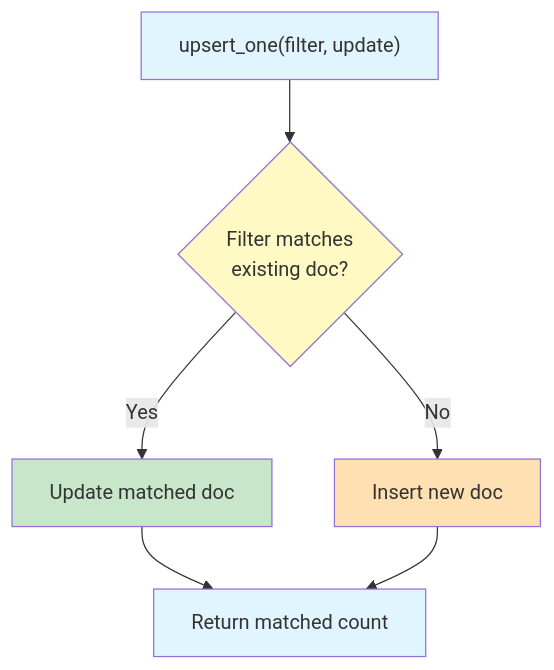
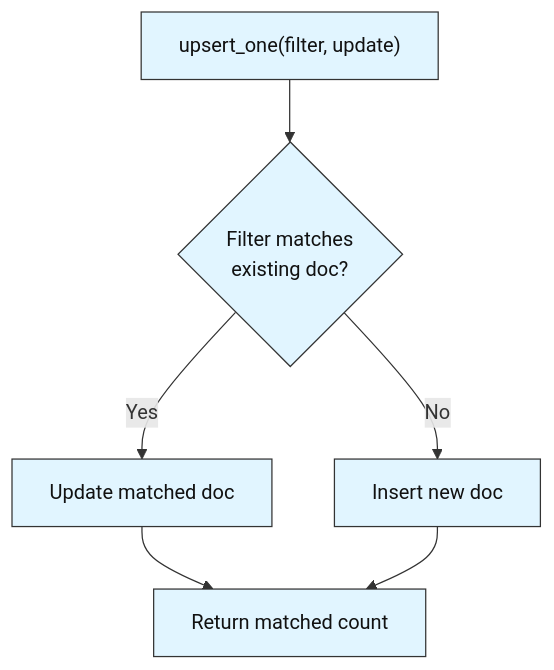
The first of 3 diagrams in MongoDB-Labs/Lab 2 - MongoDB CRUD Lifecycle/lab-2-mongodb-crud-lifecycle.md (CogKnowEdge-Solutions/Context-Memory-Layer), drawn with Mermaid before and after one commit. The commit also changed other lines of this file and 6 other files, not shown here.

````diff
--- a/MongoDB-Labs/Lab 2 - MongoDB CRUD Lifecycle/lab-2-mongodb-crud-lifecycle.md
+++ b/MongoDB-Labs/Lab 2 - MongoDB CRUD Lifecycle/lab-2-mongodb-crud-lifecycle.md
@@ -54,14 +54,14 @@
 ```mermaid
 flowchart TD
     A["upsert_one(filter, update)"] --> B{"Filter matches<br/>existing doc?"}
     B -->|Yes| C["Update matched doc"]
     B -->|No| D["Insert new doc"]
     C --> E["Return matched count"]
     D --> E
 
-    style A fill:#e1f5ff
-    style B fill:#fff9c4
-    style C fill:#c8e6c9
-    style D fill:#ffe0b2
-    style E fill:#e1f5ff
+    style A fill:#e1f5ff,stroke:#333333,stroke-width:1px,color:#111111
+    style B fill:#e1f5ff,stroke:#333333,stroke-width:1px,color:#111111
+    style C fill:#e1f5ff,stroke:#333333,stroke-width:1px,color:#111111
+    style D fill:#e1f5ff,stroke:#333333,stroke-width:1px,color:#111111
+    style E fill:#e1f5ff,stroke:#333333,stroke-width:1px,color:#111111
 ```
````
